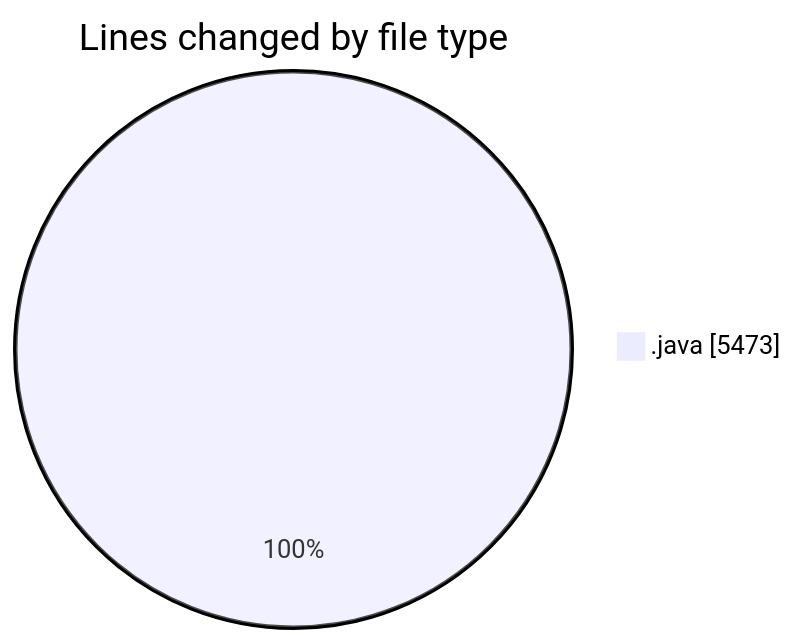
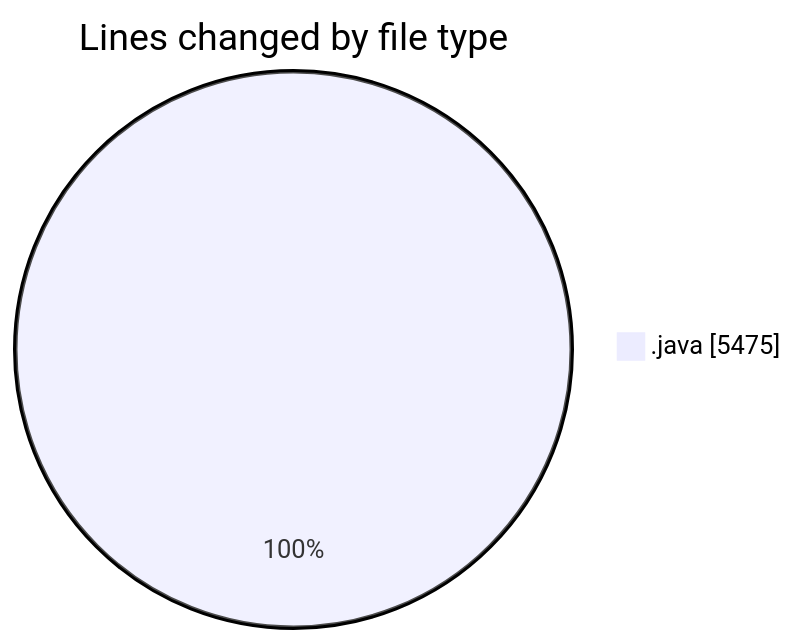
Before and after one commit to ricardozamudiocil/code-tracking: the first of 2 diagrams in 2026-04-09/cilapp/README.md, drawn with Mermaid. The commit also changed other lines of this file and 1 other file, not shown here.

````diff
--- a/2026-04-09/cilapp/README.md
+++ b/2026-04-09/cilapp/README.md
@@ -27,5 +27,5 @@
 ```mermaid
 pie showData
 title Lines changed by file type
-".java" : 5473
+".java" : 5475
 ```
````
